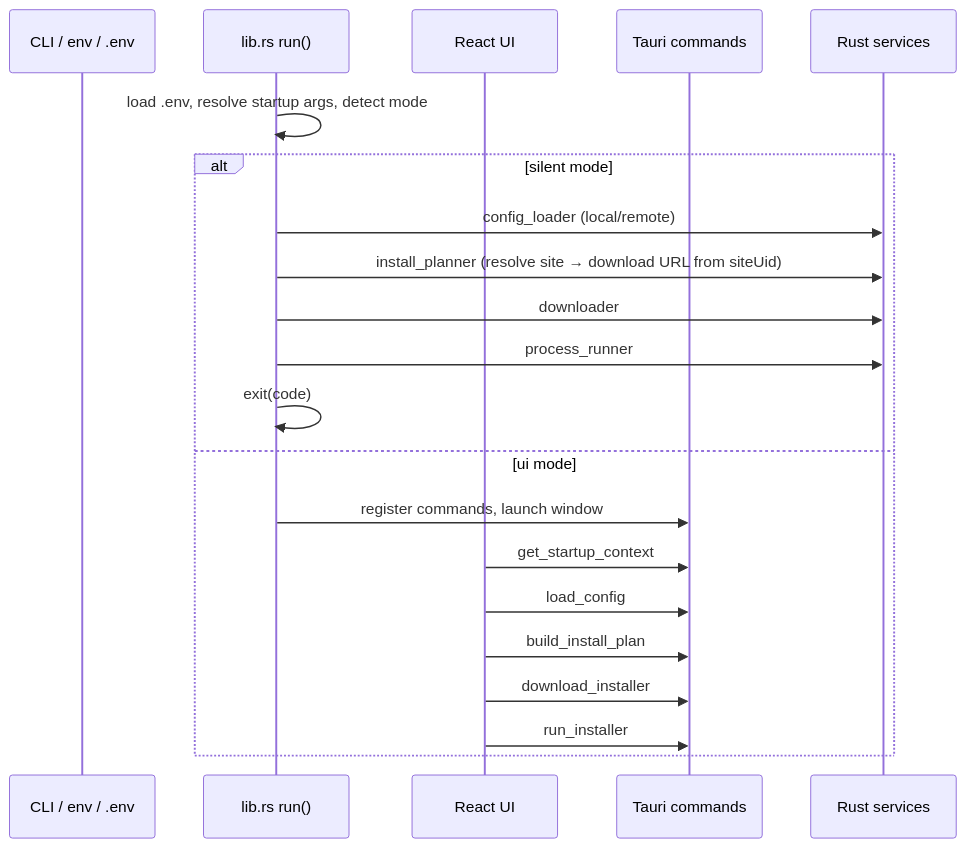
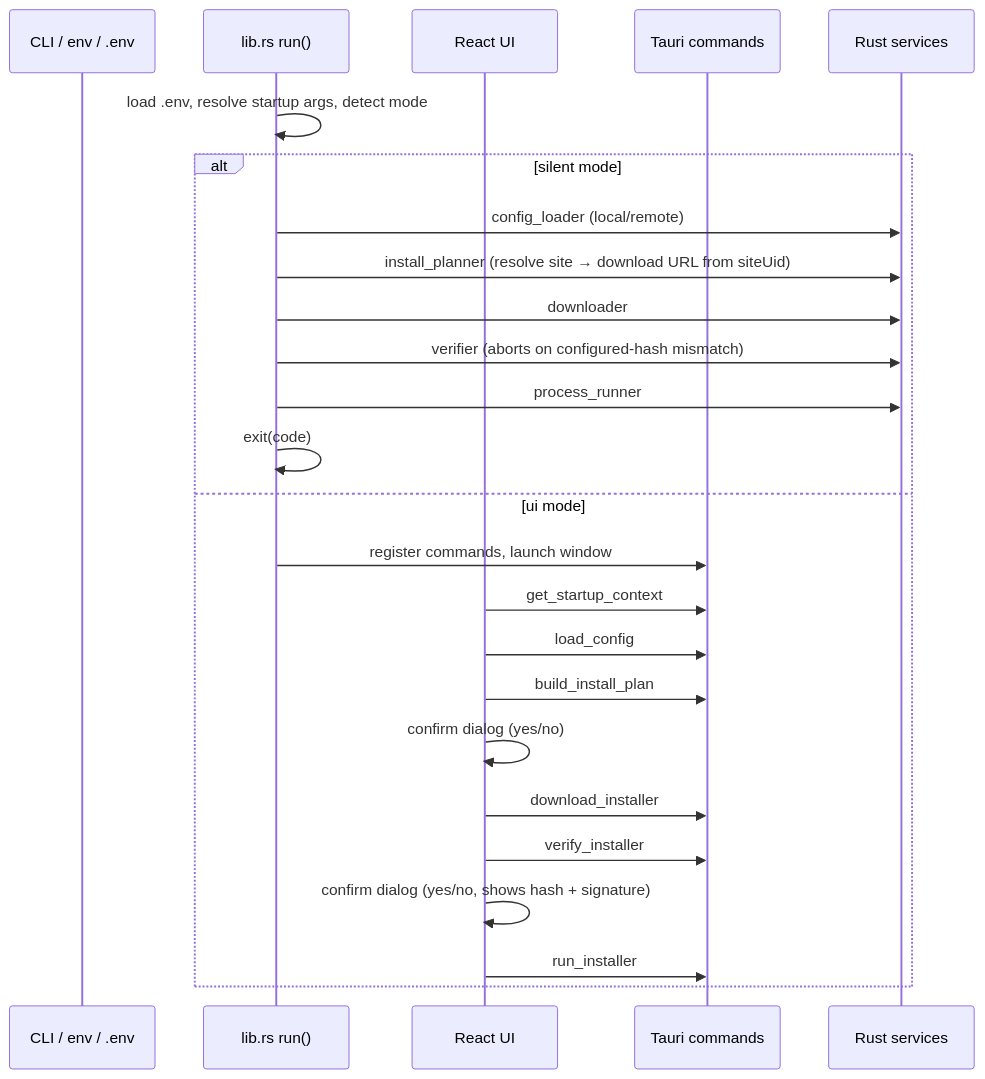
The diagram in FUNCTIONALITY.md (imthatguyhere/datt-oh), drawn with Mermaid before and after one commit. The commit also changed other lines of this file, not shown here.

Commit message:
docs(AI): :memo: document verifier, confirmation flow, and grow-only window fit

````diff
--- a/FUNCTIONALITY.md
+++ b/FUNCTIONALITY.md
@@ -7,24 +7,28 @@
 ```mermaid
 sequenceDiagram
     participant CLI as CLI / env / .env
     participant Boot as lib.rs run()
     participant UI as React UI
     participant Cmd as Tauri commands
     participant Svc as Rust services
 
     Boot->>Boot: load .env, resolve startup args, detect mode
     alt silent mode
         Boot->>Svc: config_loader (local/remote)
         Boot->>Svc: install_planner (resolve site → download URL from siteUid)
         Boot->>Svc: downloader
+        Boot->>Svc: verifier (aborts on configured-hash mismatch)
         Boot->>Svc: process_runner
         Boot->>Boot: exit(code)
     else ui mode
         Boot->>Cmd: register commands, launch window
         UI->>Cmd: get_startup_context
         UI->>Cmd: load_config
         UI->>Cmd: build_install_plan
+        UI->>UI: confirm dialog (yes/no)
         UI->>Cmd: download_installer
+        UI->>Cmd: verify_installer
+        UI->>UI: confirm dialog (yes/no, shows hash + signature)
         UI->>Cmd: run_installer
     end
 ```
````
